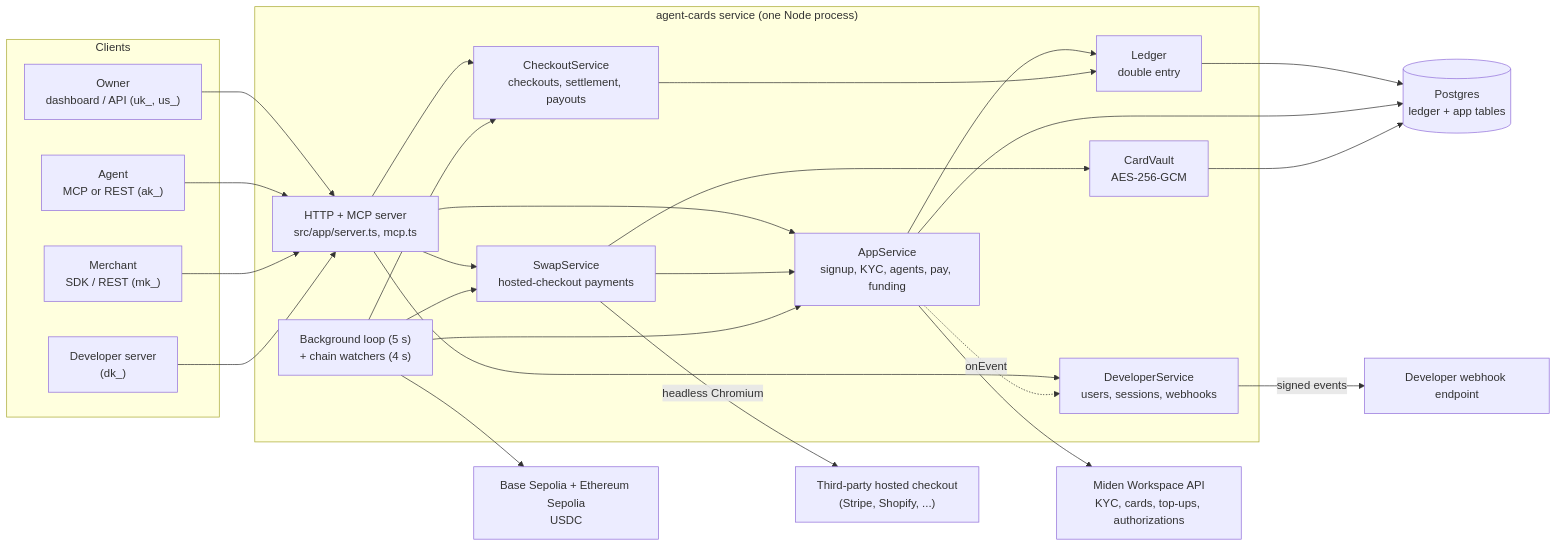
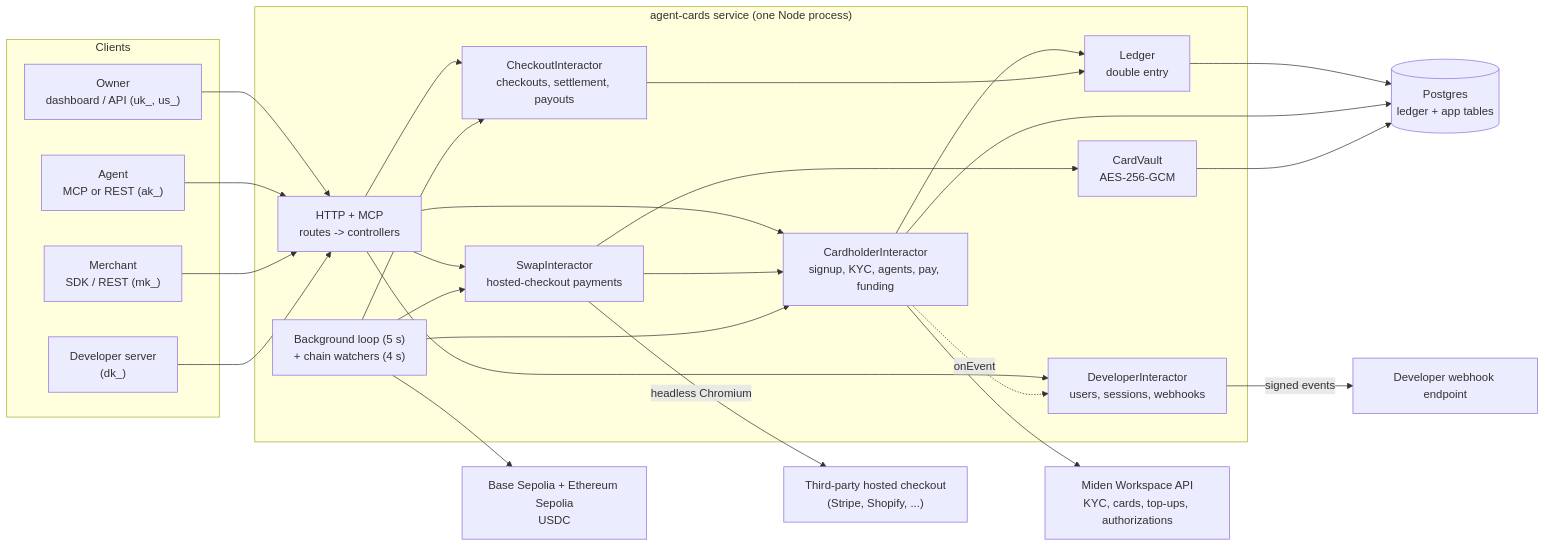
The first of 3 diagrams in docs/architecture.md (Afri-exchange/OpenWallet), drawn with Mermaid before and after one commit. The commit also changed other lines of this file and 196 other files, not shown here.

First line of the commit message:
Restructure the service into the Afriex server layers

````diff
--- a/docs/architecture.md
+++ b/docs/architecture.md
@@ -40,50 +40,50 @@
 ```mermaid
 flowchart LR
   subgraph Clients
     Owner["Owner<br/>dashboard / API (uk_, us_)"]
     Agent["Agent<br/>MCP or REST (ak_)"]
     Merchant["Merchant<br/>SDK / REST (mk_)"]
     Dev["Developer server<br/>(dk_)"]
   end
 
   subgraph Service["agent-cards service (one Node process)"]
-    HTTP["HTTP + MCP server<br/>src/app/server.ts, mcp.ts"]
-    App["AppService<br/>signup, KYC, agents, pay, funding"]
-    Checkout["CheckoutService<br/>checkouts, settlement, payouts"]
-    Swap["SwapService<br/>hosted-checkout payments"]
-    DevSvc["DeveloperService<br/>users, sessions, webhooks"]
+    HTTP["HTTP + MCP<br/>routes -> controllers"]
+    App["CardholderInteractor<br/>signup, KYC, agents, pay, funding"]
+    Checkout["CheckoutInteractor<br/>checkouts, settlement, payouts"]
+    Swap["SwapInteractor<br/>hosted-checkout payments"]
+    DevSvc["DeveloperInteractor<br/>users, sessions, webhooks"]
     Ledger["Ledger<br/>double entry"]
     Vault["CardVault<br/>AES-256-GCM"]
     BG["Background loop (5 s)<br/>+ chain watchers (4 s)"]
   end
 
   PG[("Postgres<br/>ledger + app tables")]
   Miden["Miden Workspace API<br/>KYC, cards, top-ups, authorizations"]
   Base["Base Sepolia + Ethereum Sepolia<br/>USDC"]
   Page["Third-party hosted checkout<br/>(Stripe, Shopify, ...)"]
   Hook["Developer webhook endpoint"]
 
   Owner --> HTTP
   Agent --> HTTP
   Merchant --> HTTP
   Dev --> HTTP
   HTTP --> App
   HTTP --> Checkout
   HTTP --> Swap
   HTTP --> DevSvc
   App --> Ledger
   Checkout --> Ledger
   Swap --> App
   Swap --> Vault
   App --> Miden
   Swap -->|"headless Chromium"| Page
   BG --> App
   BG --> Checkout
   BG --> Swap
   BG --> Base
   Ledger --> PG
   App --> PG
   Vault --> PG
   DevSvc -->|"signed events"| Hook
   App -.->|"onEvent"| DevSvc
 ```
````
